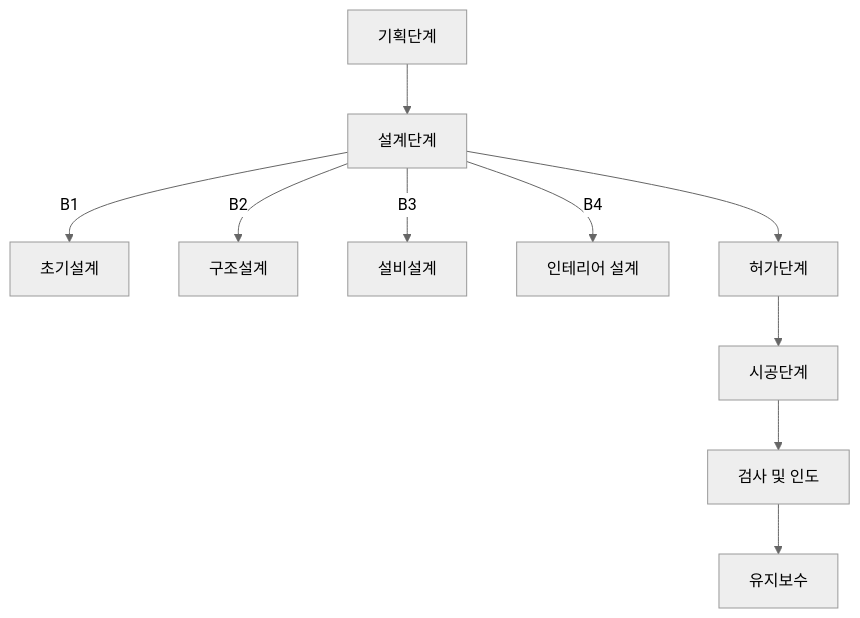
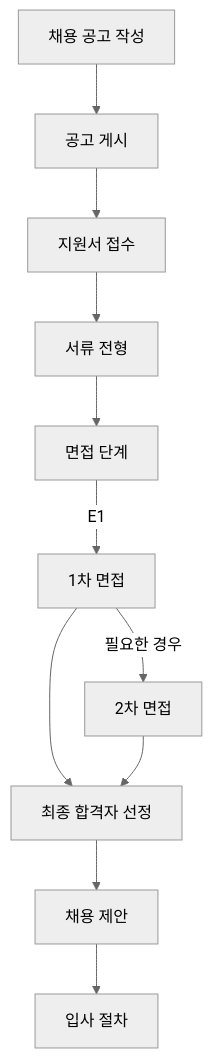
One commit to jinmouse/ChatGPT changed the diagram in 2주차 과제.md. Above: the diagram before and after it, drawn with Mermaid (neutral theme). The commit also changed other lines of this file, not shown here.

Commit message:
Update 2주차 과제.md

````diff
--- a/2주차 과제.md
+++ b/2주차 과제.md
@@ -54,24 +54,26 @@
 ```mermaid
 graph TD
-    A[기획단계]
-    B[설계단계]
-    B1[초기설계]
-    B2[구조설계]
-    B3[설비설계]
-    B4[인테리어 설계]
-    C[허가단계]
-    D[시공단계]
-    E[검사 및 인도]
-    F[유지보수]
+    A[채용 공고 작성]
+    B[공고 게시]
+    C[지원서 접수]
+    D[서류 전형]
+    E[면접 단계]
+    E1[1차 면접]
+    E2[2차 면접]
+    F[최종 합격자 선정]
+    G[채용 제안]
+    H[입사 절차]
 
     A --> B
-    B -->|B1| B1
-    B -->|B2| B2
-    B -->|B3| B3
-    B -->|B4| B4
     B --> C
     C --> D
     D --> E
-    E --> F
+    E -->|E1| E1
+    E1 -->|필요한 경우| E2
+    E1 --> F
+    E2 --> F
+    F --> G
+    G --> H
 
-``` 
+
+```
````
